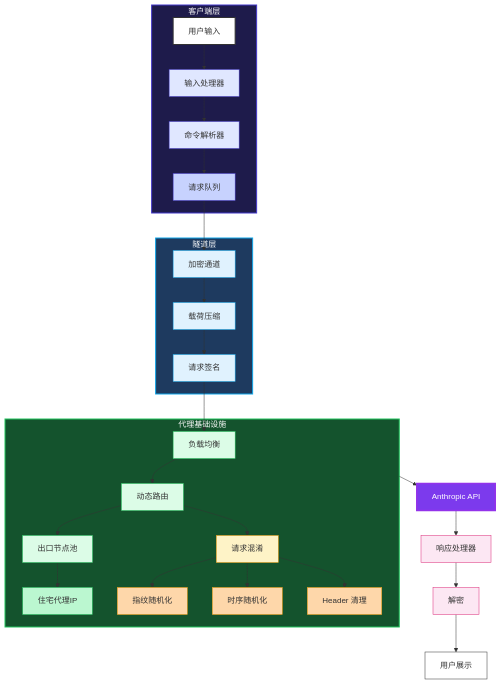
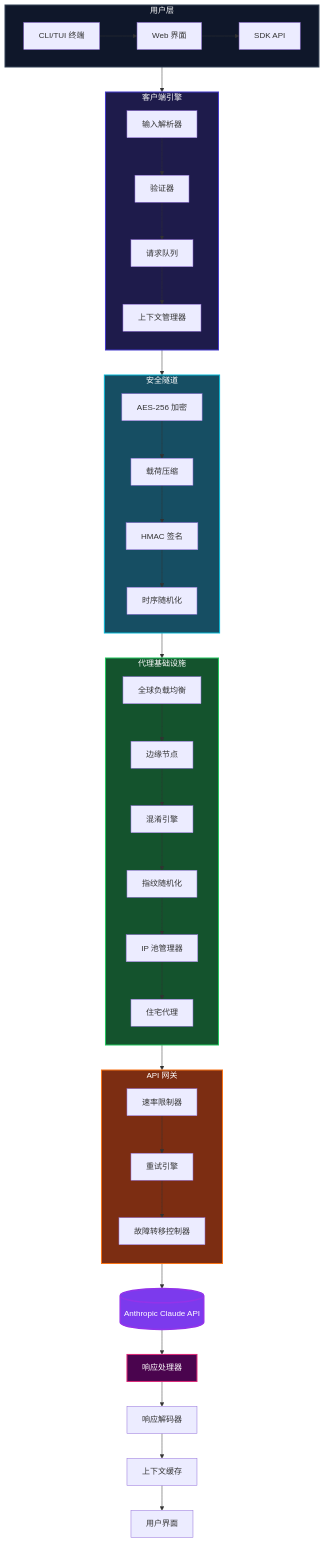
The first of 3 diagrams in README_CN.md (mangiapanejohn-dev/-Re-Code), drawn with Mermaid before and after one commit. The commit also changed other lines of this file and 1 other file, not shown here.

Commit message:
Redesign System Overview and Security Mechanisms diagrams
- System Overview: professional layered architecture with detailed components
- Security Mechanisms: 4-layer flow with detailed security items per layer
- Add User Layer, Client Engine, Security Tunnel, Proxy Infrastructure, API Gateway
- Add AES-256 encryption, HMAC signature, Load Balancer, IP Pool Manager
- Add more detailed security items: MAC rotation, HWID spoofing, User-Agent rotation, etc
- Update both EN and CN versions

````diff
--- a/README_CN.md
+++ b/README_CN.md
@@ -67,54 +67,60 @@
 ```mermaid
 flowchart TB
-    subgraph CLIENT["客户端层"]
-        USER["用户输入"] --> INPUT["输入处理器"]
-        INPUT --> CMD["命令解析器"]
-        CMD --> QUEUE["请求队列"]
+    subgraph USER_LAYER["用户层"]
+        direction LR
+        CLI["CLI/TUI 终端"] --> WEB["Web 界面"]
+        WEB --> SDK["SDK API"]
     end
     
-    subgraph TUNNEL["隧道层"]
-        QUEUE --> ENCRYPT["加密通道"]
-        ENCRYPT --> COMPRESS["载荷压缩"]
-        COMPRESS --> SIGN["请求签名"]
+    USER_LAYER --> CLIENT_ENGINE
+    
+    subgraph CLIENT_ENGINE["客户端引擎"]
+        direction TB
+        PARSE["输入解析器"] --> VALIDATE["验证器"]
+        VALIDATE --> QUEUE["请求队列"]
+        QUEUE --> CONTEXT["上下文管理器"]
     end
     
-    subgraph PROXY["代理基础设施"]
-        SIGN --> LB["负载均衡"]
-        LB --> ROUTE["动态路由"]
-        ROUTE --> POOL["出口节点池"]
-        POOL --> RESIDENT["住宅代理IP"]
-        
-        ROUTE --> OBFUSCATE["请求混淆"]
-        OBFUSCATE --> FINGERPRINT["指纹随机化"]
-        OBFUSCATE --> TIMING["时序随机化"]
-        OBFUSCATE --> HEADER["Header 清理"]
+    CLIENT_ENGINE --> TUNNEL
+    
+    subgraph TUNNEL["安全隧道"]
+        direction TB
+        ENCRYPT["AES-256 加密"] --> COMPRESS["载荷压缩"]
+        COMPRESS --> SIGNATURE["HMAC 签名"]
+        SIGNATURE --> TIMING["时序随机化"]
     end
     
-    PROXY --> ANTHROPIC["Anthropic API"]
-    ANTHROPIC --> RESP["响应处理器"]
-    RESP --> DECRYPT["解密"]
-    DECRYPT --> DISPLAY["用户展示"]
+    TUNNEL --> PROXY
     
-    style CLIENT fill:#1e1b4b,stroke:#4338ca,stroke-width:2,color:#fff
-    style TUNNEL fill:#1e3a5f,stroke:#0ea5e9,stroke-width:2,color:#fff
+    subgraph PROXY["代理基础设施"]
+        direction TB
+        LB["全球负载均衡"] --> EDGE["边缘节点"]
+        EDGE --> OBFS["混淆引擎"]
+        OBFS --> FINGERPRINT["指纹随机化"]
+        FINGERPRINT --> IP_POOL["IP 池管理器"]
+        IP_POOL --> RESIDENTIAL["住宅代理"]
+    end
+    
+    PROXY --> API_GATEWAY
+    
+    subgraph API_GATEWAY["API 网关"]
+        direction TB
+        RATE["速率限制器"] --> RETRY["重试引擎"]
+        RETRY --> FAILOVER["故障转移控制器"]
+    end
+    
+    API_GATEWAY --> ANTHROPIC
+    
+    ANTHROPIC[("Anthropic Claude API")] --> RESPONSE
+    RESPONSE["响应处理器"] --> DECODE["响应解码器"]
+    DECODE --> CACHE["上下文缓存"]
+    CACHE --> DISPLAY["用户界面"]
+    
+    style USER_LAYER fill:#0f172a,stroke:#334155,stroke-width:2,color:#fff
+    style CLIENT_ENGINE fill:#1e1b4b,stroke:#4338ca,stroke-width:2,color:#fff
+    style TUNNEL fill:#164e63,stroke:#06b6d4,stroke-width:2,color:#fff
     style PROXY fill:#14532d,stroke:#22c55e,stroke-width:2,color:#fff
-    style USER fill:#fff,stroke:#333,stroke-width:2
-    style INPUT fill:#e0e7ff,stroke:#4338ca
-    style CMD fill:#e0e7ff,stroke:#4338ca
-    style QUEUE fill:#c7d2fe,stroke:#4338ca
-    style ENCRYPT fill:#e0f2fe,stroke:#0ea5e9
-    style COMPRESS fill:#e0f2fe,stroke:#0ea5e9
-    style SIGN fill:#e0f2fe,stroke:#0ea5e9
-    style LB fill:#dcfce7,stroke:#22c55e
-    style ROUTE fill:#dcfce7,stroke:#22c55e
-    style POOL fill:#dcfce7,stroke:#22c55e
-    style RESIDENT fill:#bbf7d0,stroke:#22c55e
-    style OBFUSCATE fill:#fef3c7,stroke:#f59e0b
-    style FINGERPRINT fill:#fed7aa,stroke:#f59e0b
-    style TIMING fill:#fed7aa,stroke:#f59e0b
-    style HEADER fill:#fed7aa,stroke:#f59e0b
+    style API_GATEWAY fill:#7c2d12,stroke:#f97316,stroke-width:2,color:#fff
     style ANTHROPIC fill:#7c3aed,stroke:#9333ea,stroke-width:3,color:#fff
-    style RESP fill:#fce7f3,stroke:#db2777
-    style DECRYPT fill:#fce7f3,stroke:#db2777
-    style DISPLAY fill:#fff,stroke:#333
+    style RESPONSE fill:#4a044e,stroke:#db2777,stroke-width:2,color:#fff
 ```
````
